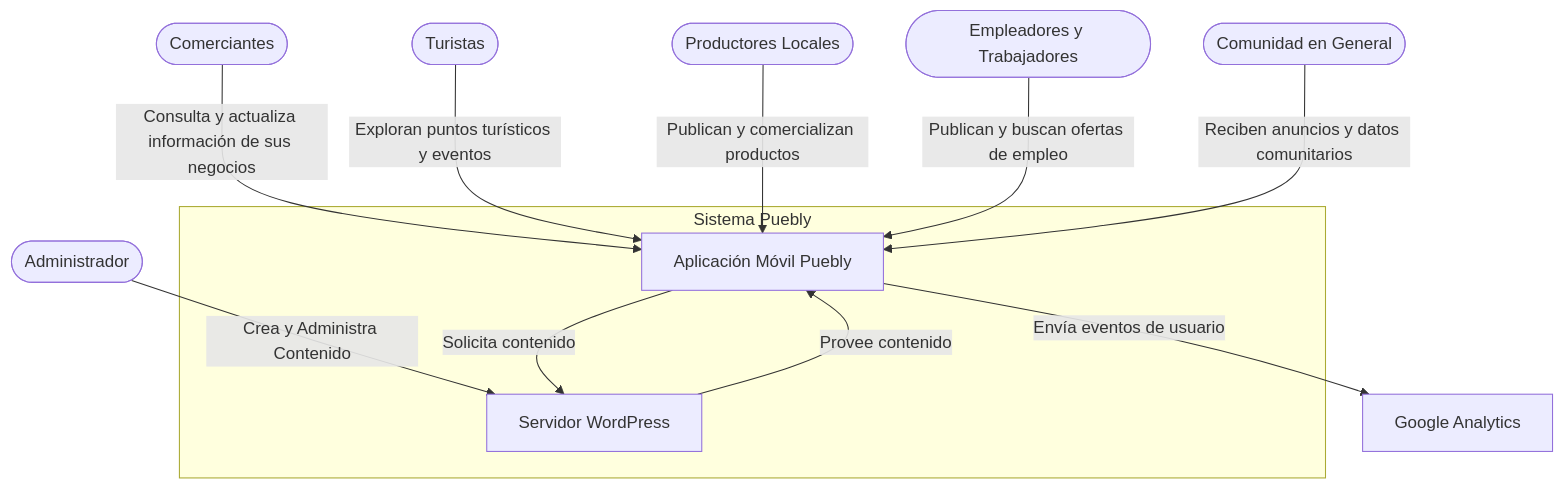
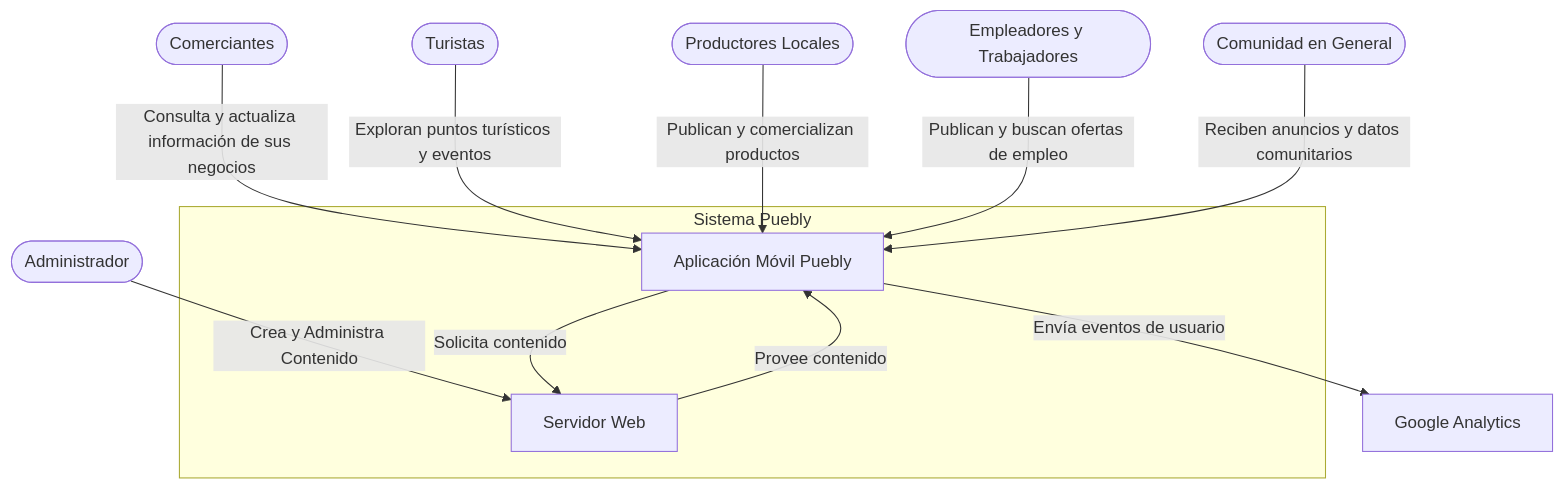
Before and after one commit to CristhianMoreno97/Puebly: the first of 3 diagrams in c4Model.md, drawn with Mermaid. The commit also changed other lines of this file, not shown here.

````diff
--- a/c4Model.md
+++ b/c4Model.md
@@ -28,18 +28,18 @@
 ```mermaid
 graph TD
   subgraph "Sistema Puebly"
       A3[Aplicación Móvil Puebly]
-      A2[Servidor WordPress]
+      A2[Servidor Web]
   end
   A1[Google Analytics]
 
   B([Administrador]) -->|Crea y Administra Contenido| A2
   A2 -->|Provee contenido| A3
   A3 -->|Solicita contenido| A2
   A3 -->|Envía eventos de usuario| A1
   C([Comerciantes]) -->|Consulta y actualiza información de sus negocios| A3
   D([Turistas]) -->|Exploran puntos turísticos y eventos| A3
   E([Productores Locales]) -->|Publican y comercializan productos| A3
   F([Empleadores y Trabajadores]) -->|Publican y buscan ofertas de empleo| A3
   G([Comunidad en General]) -->|Reciben anuncios y datos comunitarios| A3
 ```
````
